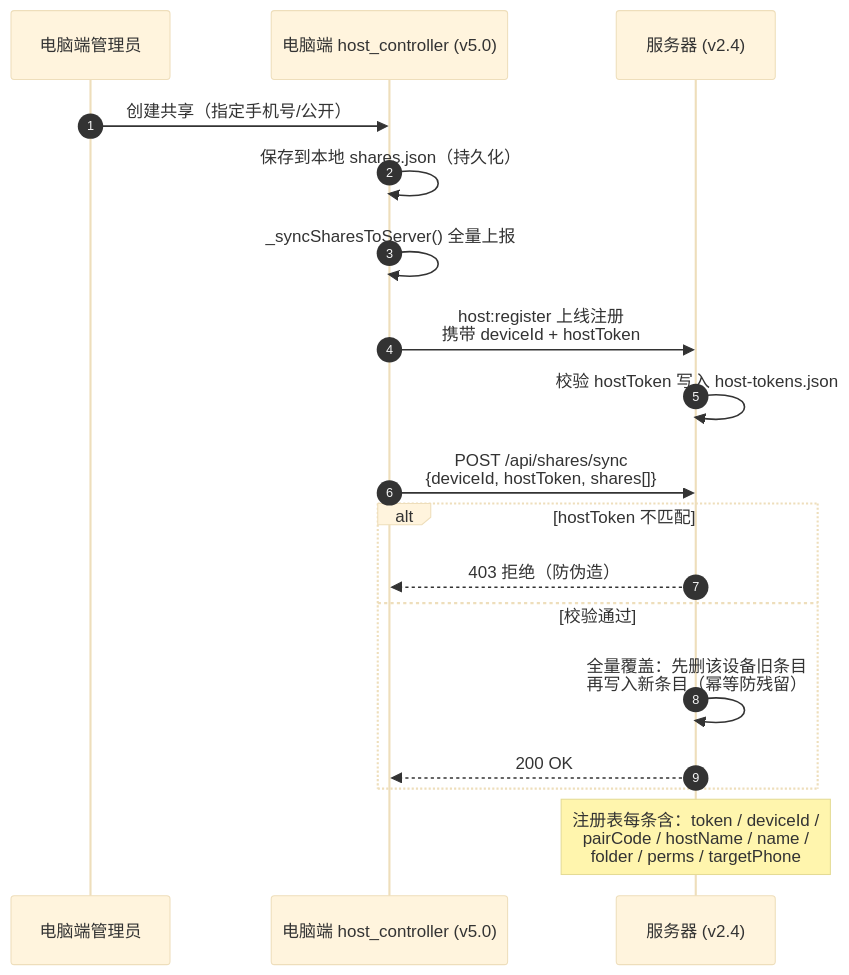
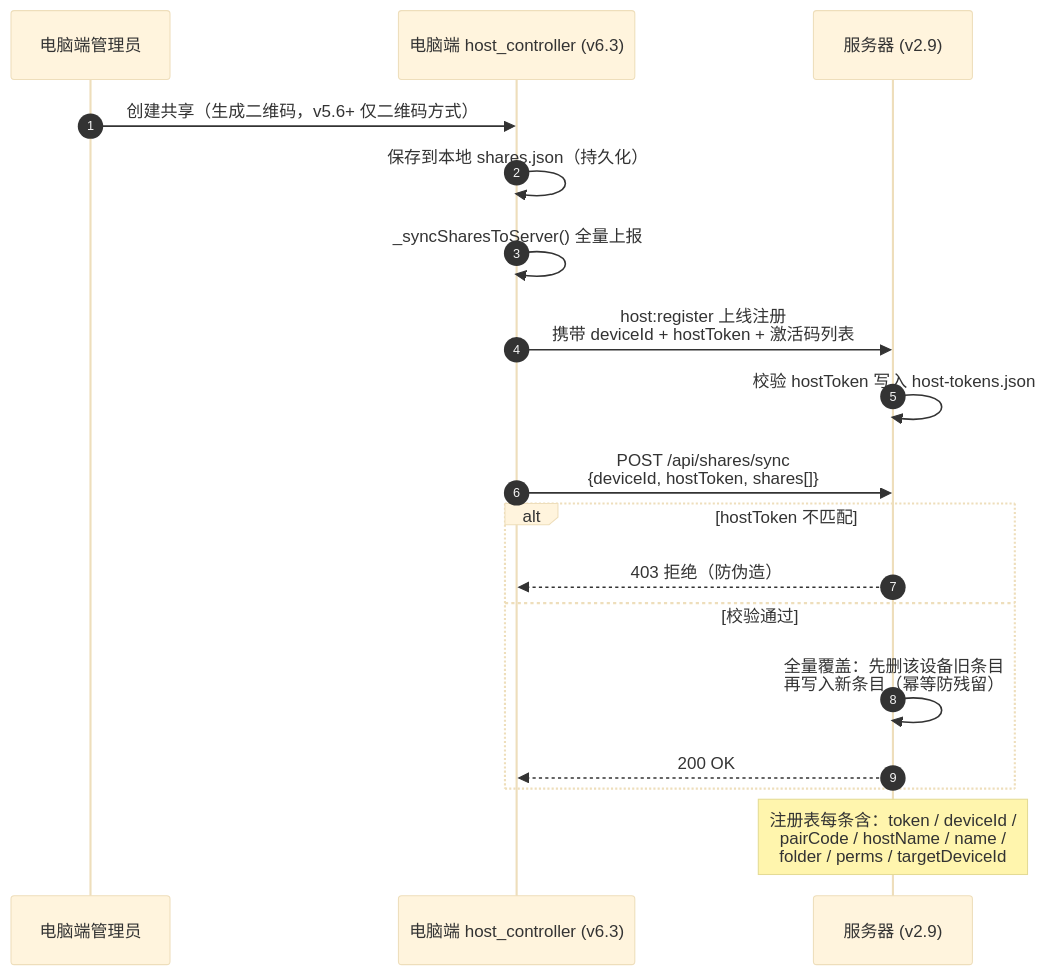
Before and after one commit to binghuo7758521/p2p: the second of 6 diagrams in 免配对码共享连接流程文档.md, drawn with Mermaid (base theme). The commit also changed other lines of this file and 57 other files, not shown here.

Commit message:
多端迭代：手机端 v5.25（多电脑管理员扫码激活、下载/上传进度横幅）、电脑端 v6.18（静默升级/自动登录/托盘关闭确认）、服务器 v2.13（OSS 升级发布链 + release.sh 一键发布 + E2E 测试）

````diff
--- a/免配对码共享连接流程文档.md
+++ b/免配对码共享连接流程文档.md
@@ -57,21 +66,21 @@
 ```mermaid
 sequenceDiagram
     autonumber
     participant U as 电脑端管理员
-    participant C as 电脑端 host_controller (v5.0)
-    participant S as 服务器 (v2.4)
+    participant C as 电脑端 host_controller (v6.3)
+    participant S as 服务器 (v2.9)
 
-    U->>C: 创建共享（指定手机号/公开）
+    U->>C: 创建共享（生成二维码，v5.6+ 仅二维码方式）
     C->>C: 保存到本地 shares.json（持久化）
     C->>C: _syncSharesToServer() 全量上报
-    C->>S: host:register 上线注册<br/>携带 deviceId + hostToken
+    C->>S: host:register 上线注册<br/>携带 deviceId + hostToken + 激活码列表
     S->>S: 校验 hostToken 写入 host-tokens.json
     C->>S: POST /api/shares/sync<br/>{deviceId, hostToken, shares[]}
     alt hostToken 不匹配
         S-->>C: 403 拒绝（防伪造）
     else 校验通过
         S->>S: 全量覆盖：先删该设备旧条目<br/>再写入新条目（幂等防残留）
         S-->>C: 200 OK
     end
-    Note over S: 注册表每条含：token / deviceId /<br/>pairCode / hostName / name /<br/>folder / perms / targetPhone
+    Note over S: 注册表每条含：token / deviceId /<br/>pairCode / hostName / name /<br/>folder / perms / targetDeviceId
 ```
````
